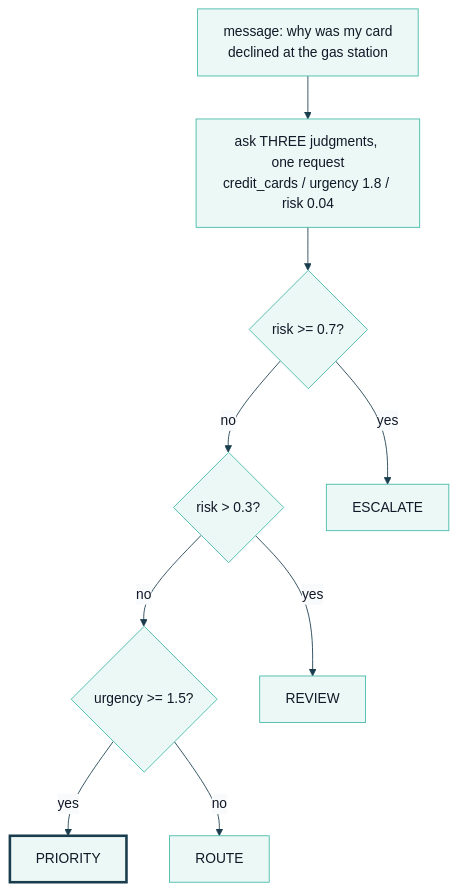
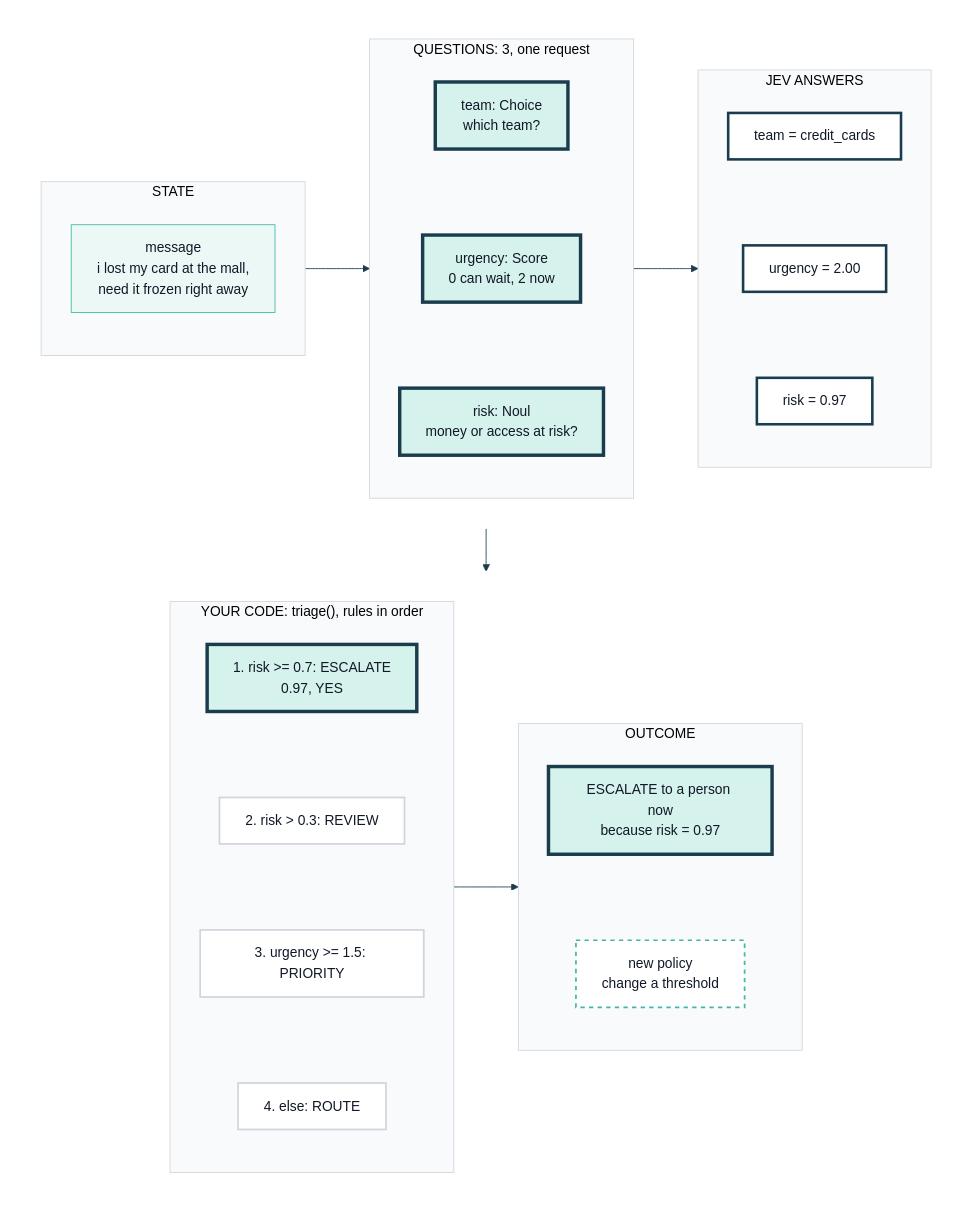
The diagram in course/diagrams/module_01/p2-solution-judgments-rules.mmd (axel-sirota/getting_started_jev), drawn with Mermaid before and after one commit. The commit also changed 75 other files, not shown here.

Commit message:
Modules 1 and 2: visual pass (figures redrawn to read-at-a-glance limits, demo charts, lab maps, prose cut)

```diff
--- a/course/diagrams/module_01/p2-solution-judgments-rules.mmd
+++ b/course/diagrams/module_01/p2-solution-judgments-rules.mmd
@@ -1,11 +1,54 @@
 %%{init: {"theme": "base", "themeVariables": {"fontFamily": "Inter, sans-serif", "primaryColor": "#ECF8F6", "primaryBorderColor": "#40B8A6", "primaryTextColor": "#111827", "lineColor": "#1A3D4D", "secondaryColor": "#F9FAFB", "tertiaryColor": "#FFFFFF", "clusterBkg": "#F9FAFB", "clusterBorder": "#D1D5DB", "actorBkg": "#ECF8F6", "actorBorder": "#40B8A6", "noteBkgColor": "#FFF6DA", "noteBorderColor": "#E0B84C"}}}%%
-flowchart TD
-  M["message: why was my card<br/>declined at the gas station"] --> QA["ask THREE judgments, one request<br/>credit_cards / urgency 1.8 / risk 0.04"]
-  QA --> R1{"risk >= 0.7?"}
-  R1 -- no --> R2{"risk > 0.3?"}
-  R2 -- no --> R3{"urgency >= 1.5?"}
-  R1 -- yes --> E["ESCALATE"]
-  R2 -- yes --> V["REVIEW"]
-  R3 -- yes --> P["PRIORITY"]
-  R3 -- no --> RT["ROUTE"]
-  style P stroke:#1A3D4D,stroke-width:3px
+flowchart TB
+  subgraph TOP[" "]
+    direction LR
+    subgraph STATE["STATE"]
+      direction TB
+      M["message<br/>i lost my card at the mall,<br/>need it frozen right away"]
+    end
+    subgraph QUESTIONS["QUESTIONS: 3, one request"]
+      direction TB
+      Q1["team: Choice<br/>which team?"]
+      Q2["urgency: Score<br/>0 can wait, 2 now"]
+      Q3["risk: Noul<br/>money or access at risk?"]
+      Q1 ~~~ Q2 ~~~ Q3
+    end
+    subgraph ANSWERS["JEV ANSWERS"]
+      direction TB
+      A1["team = credit_cards"]
+      A2["urgency = 2.00"]
+      A3["risk = 0.97"]
+      A1 ~~~ A2 ~~~ A3
+    end
+    STATE --> QUESTIONS --> ANSWERS
+  end
+  subgraph BOTTOM[" "]
+    direction LR
+    subgraph CODE["YOUR CODE: triage(), rules in order"]
+      direction TB
+      R1["1. risk >= 0.7: ESCALATE<br/>0.97, YES"]
+      R2["2. risk > 0.3: REVIEW"]
+      R3["3. urgency >= 1.5: PRIORITY"]
+      R4["4. else: ROUTE"]
+      R1 ~~~ R2 ~~~ R3 ~~~ R4
+    end
+    subgraph OUTCOME["OUTCOME"]
+      direction TB
+      O1["ESCALATE to a person now<br/>because risk = 0.97"]
+      O2["new policy<br/>change a threshold"]
+      O1 ~~~ O2
+    end
+    CODE --> OUTCOME
+  end
+  TOP --> BOTTOM
+
+  classDef fix fill:#D5F2EC,stroke:#1A3D4D,stroke-width:4px
+  classDef num fill:#FFFFFF,stroke:#1A3D4D,stroke-width:3px
+  classDef skip fill:#FFFFFF,stroke:#D1D5DB,stroke-width:2px
+  classDef note fill:#FFFFFF,stroke:#40B8A6,stroke-width:2px,stroke-dasharray:5 5
+  class Q1,Q2,Q3,R1,O1 fix
+  class A1,A2,A3 num
+  class R2,R3,R4 skip
+  class O2 note
+  style TOP fill:#FFFFFF,stroke:#FFFFFF
+  style BOTTOM fill:#FFFFFF,stroke:#FFFFFF
```
